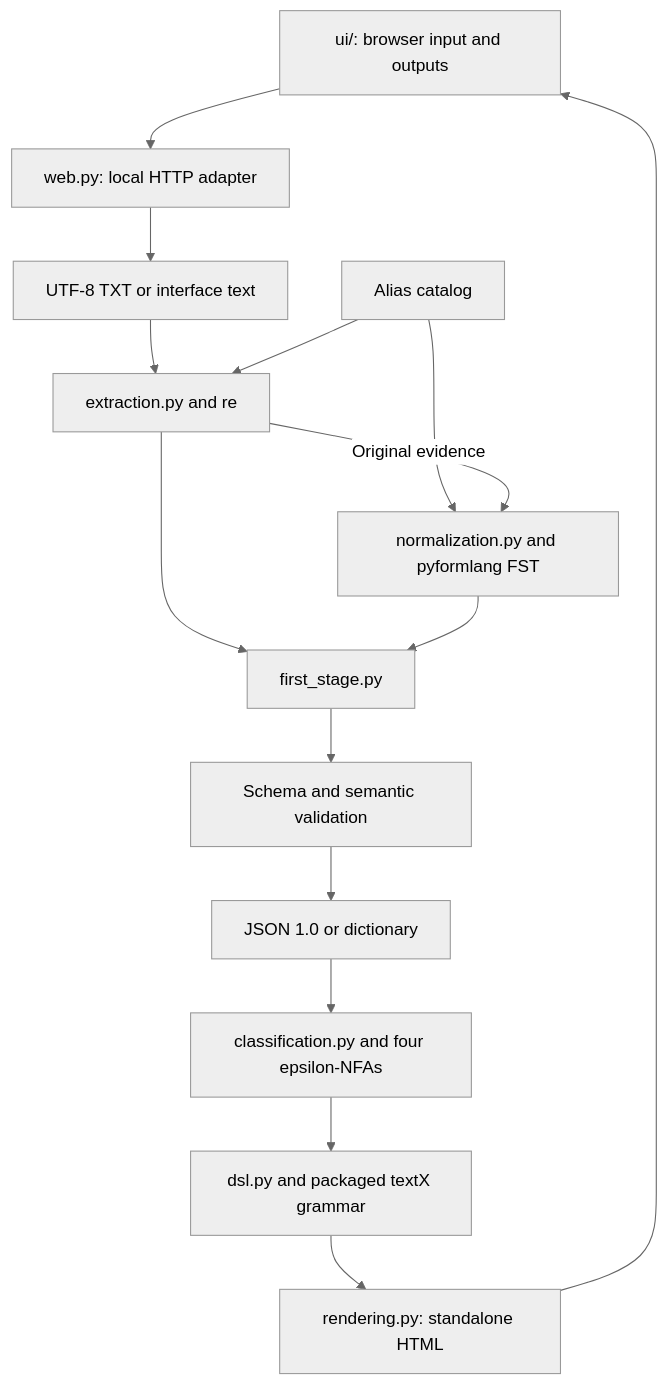
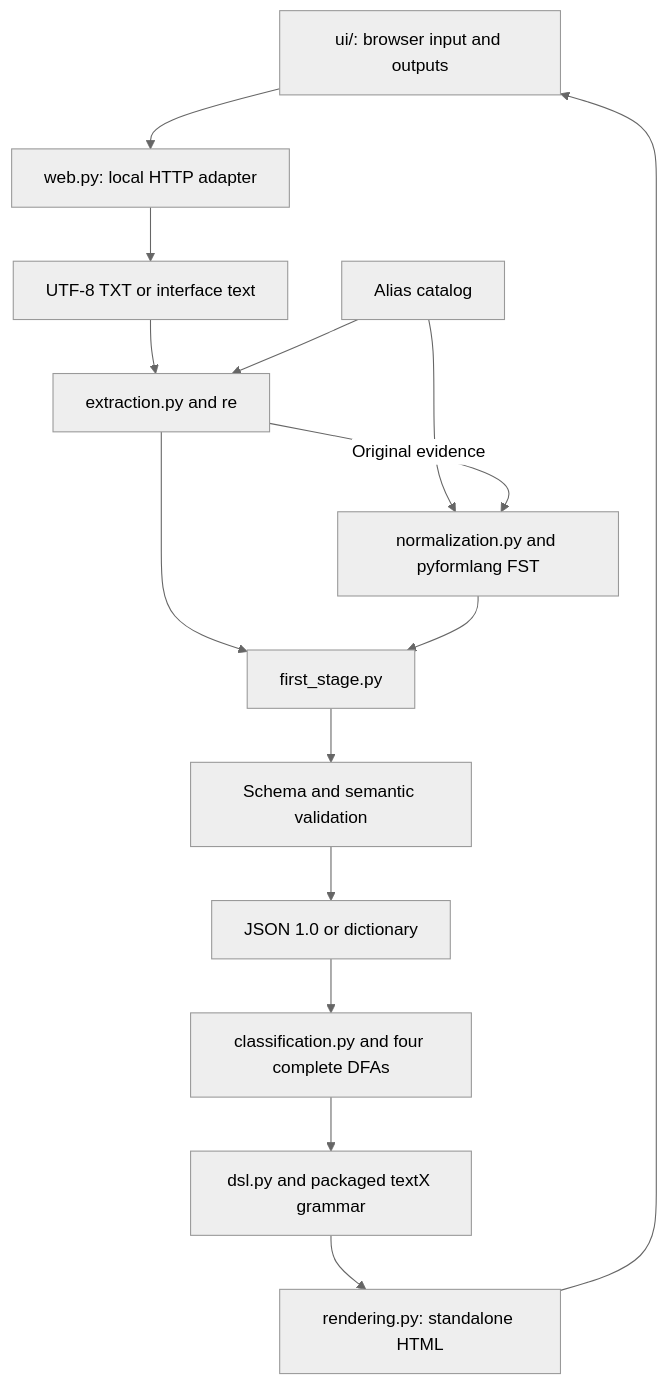
One commit to ValentinaM31/IntegrativeTask1_ResumeLens changed the diagram in docs/module-design.md. Above: the diagram before and after it, drawn with Mermaid (neutral theme). The commit also changed other lines of this file and 62 other files, not shown here.

````diff
--- a/docs/module-design.md
+++ b/docs/module-design.md
@@ -12,17 +12,17 @@
 ```mermaid
 flowchart TD
     U[ui/: browser input and outputs] --> W[web.py: local HTTP adapter]
     W --> T[UTF-8 TXT or interface text]
     T --> E[extraction.py and re]
     C[Alias catalog] --> E
     C --> F[normalization.py and pyformlang FST]
     E -->|Original evidence| F
     E --> P[first_stage.py]
     F --> P
     P --> V[Schema and semantic validation]
     V --> J[JSON 1.0 or dictionary]
-    J --> A[classification.py and four epsilon-NFAs]
+    J --> A[classification.py and four complete DFAs]
     A --> D[dsl.py and packaged textX grammar]
     D --> H[rendering.py: standalone HTML]
     H --> U
 ```
````
